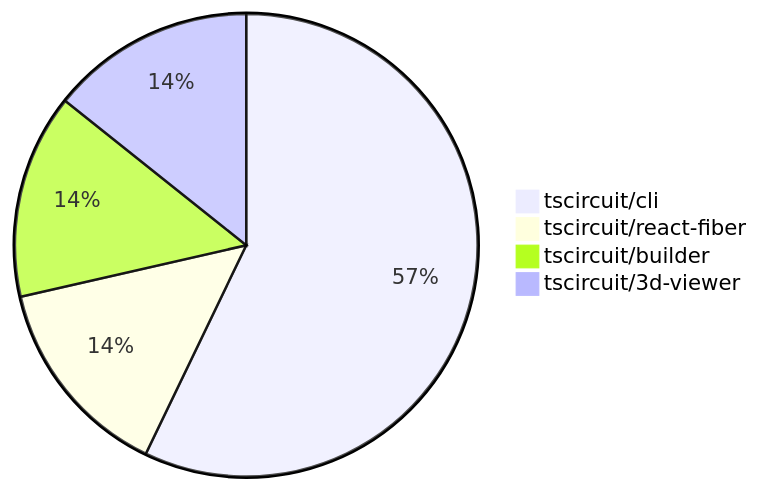
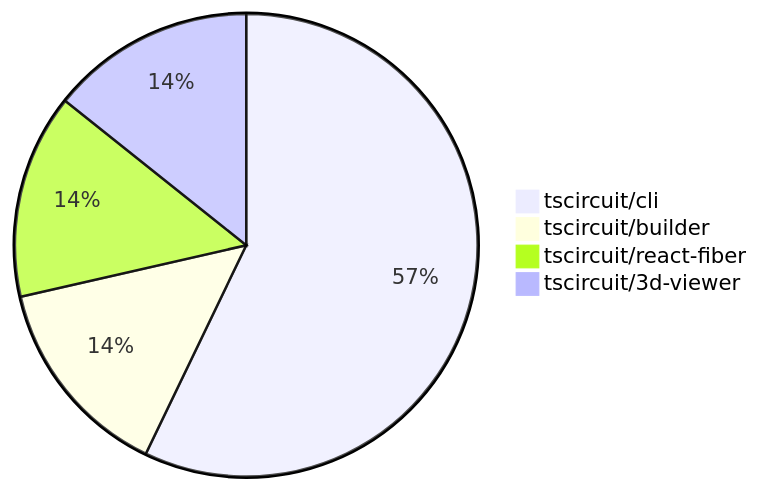
Before and after one commit to tscircuit/contribution-tracker: the diagram in contribution-overviews/2024-07-06.md, drawn with Mermaid. The commit also changed other lines of this file, not shown here.

````diff
--- a/contribution-overviews/2024-07-06.md
+++ b/contribution-overviews/2024-07-06.md
@@ -5,7 +5,7 @@
 ```mermaid
 pie
     "tscircuit/cli" : 4
+    "tscircuit/builder" : 1
     "tscircuit/react-fiber" : 1
-    "tscircuit/builder" : 1
     "tscircuit/3d-viewer" : 1
 ```
````
